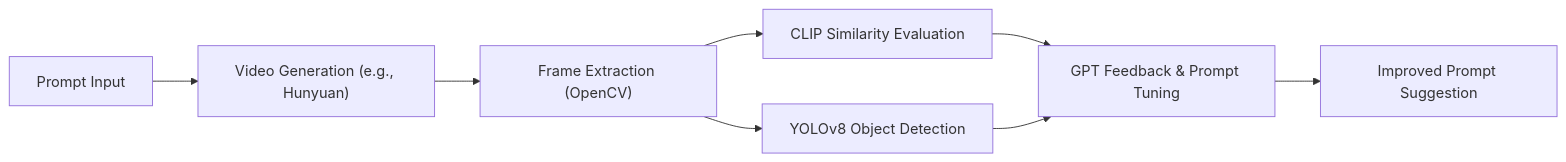
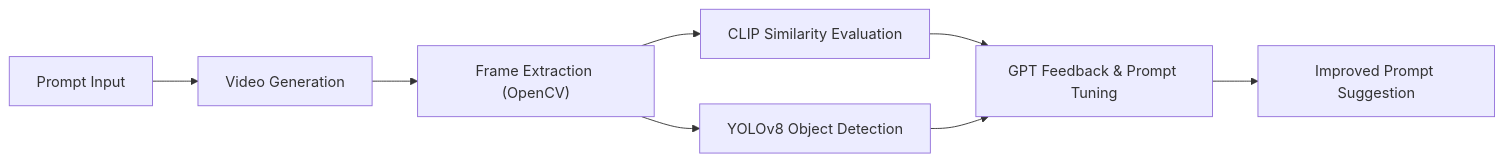
Before and after one commit to kjh46/Prompt-Evaluation-Tuning-System-for-Generative-Video-AI: the diagram in README.md, drawn with Mermaid.

````diff
--- a/README.md
+++ b/README.md
@@ -31,10 +31,10 @@
 ```mermaid
 flowchart LR
-    A["Prompt Input"] --> B["Video Generation (e.g., Hunyuan)"]
+    A["Prompt Input"] --> B["Video Generation"]
     B --> C["Frame Extraction (OpenCV)"]
     C --> D["CLIP Similarity Evaluation"]
     C --> E["YOLOv8 Object Detection"]
     D --> F["GPT Feedback & Prompt Tuning"]
     E --> F
     F --> G["Improved Prompt Suggestion"]
 ```
````
